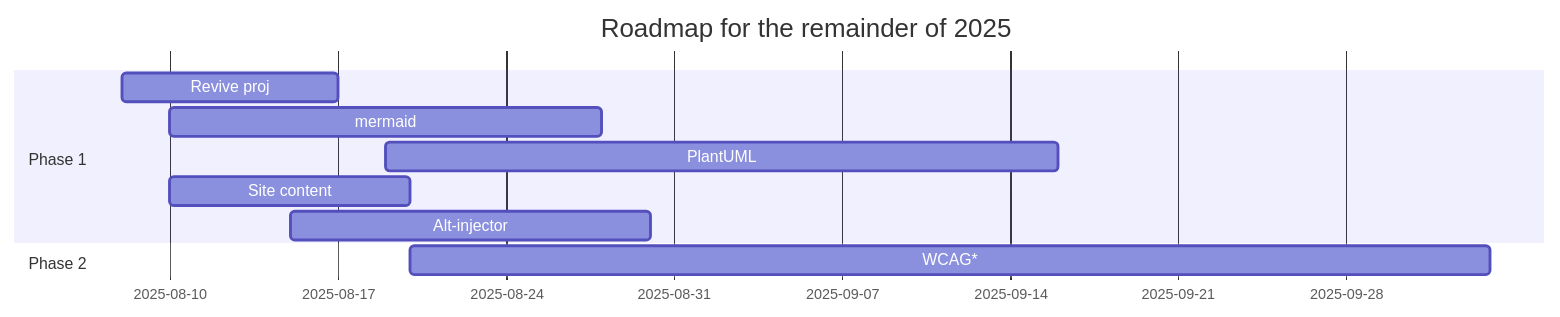
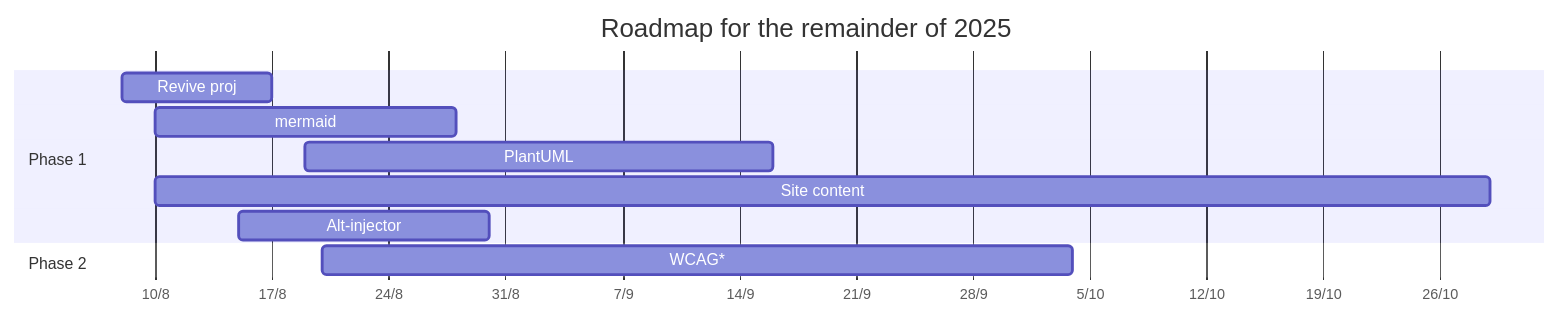
One commit to cassmastern/lers-sandbox changed the diagram in docs/sec_about/roadmap.md. Above: the diagram before and after it, drawn with Mermaid. The commit also changed other lines of this file and 1 other file, not shown here.

Commit message:
Change axisFormat for mermaid gantt chart to  %e/%-m; fix broken link to new accss topic in Roadmap

````diff
--- a/docs/sec_about/roadmap.md
+++ b/docs/sec_about/roadmap.md
@@ -3,13 +3,14 @@
 ```mermaid
 gantt
     title Roadmap for the remainder of 2025
-    dateFormat  MM-DD
+    dateFormat MM-DD
+    axisFormat %e/%-m
     section Phase 1
     Revive proj                 :a1, 08-08, 9d
     mermaid             :08-10, 18d
     PlantUML                :08-19, 28d
-    Site content         :08-10, 10d
+    Site content         :08-10, 80d
     Alt-injector                :08-15, 15d
     section Phase 2
     WCAG*                        :08-20, 45d
 ```
````
